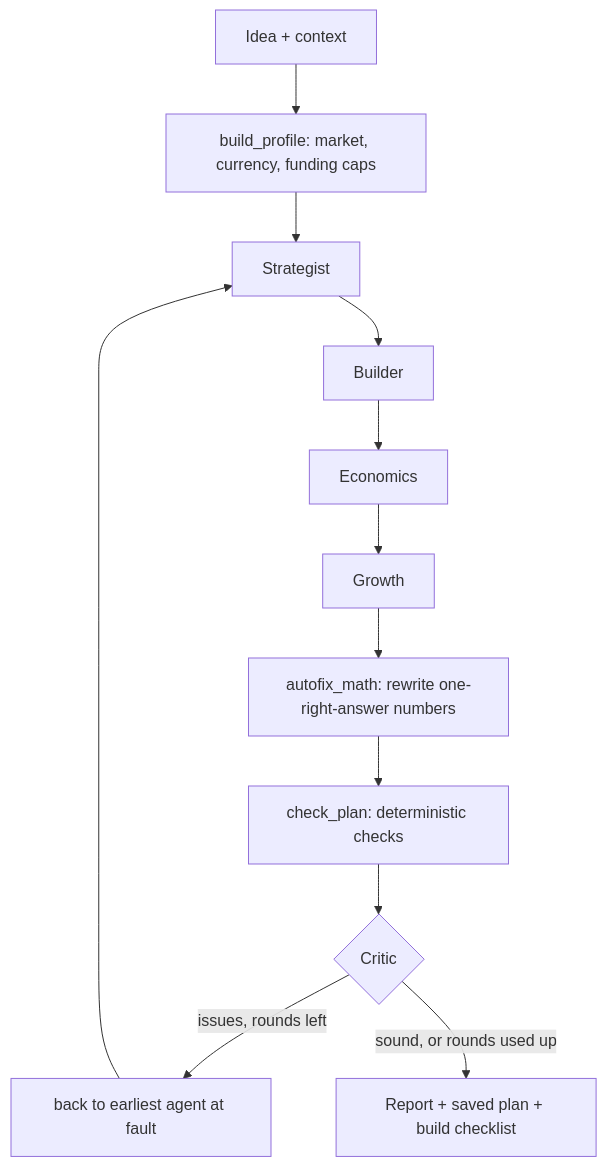
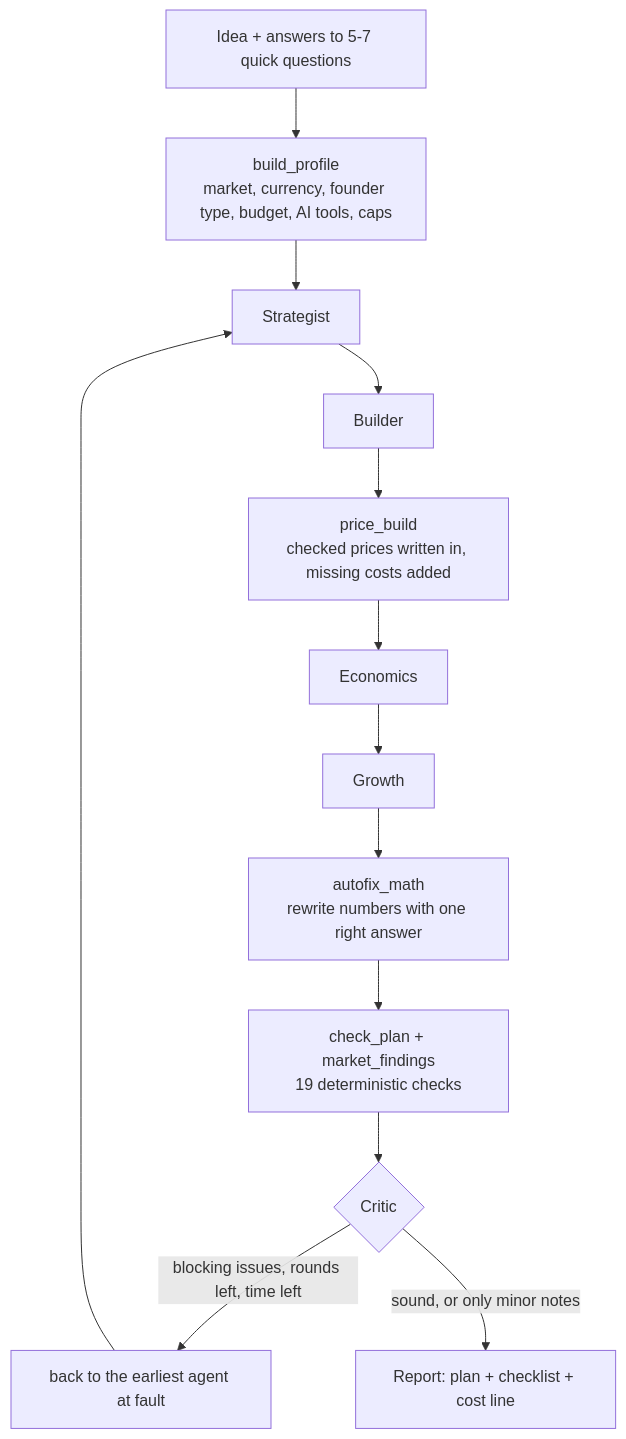
Before and after one commit to mayankmalik263/parakh: the diagram in README.md, drawn with Mermaid. The commit also changed other lines of this file and 19 other files, not shown here.

````diff
--- a/README.md
+++ b/README.md
@@ -39,11 +163,13 @@
 ```mermaid
 flowchart TD
-    I[Idea + context] --> P[build_profile: market, currency, funding caps]
-    P --> S[Strategist] --> B[Builder] --> E[Economics] --> G[Growth]
-    G --> F[autofix_math: rewrite one-right-answer numbers]
-    F --> K[check_plan: deterministic checks]
+    I["Idea + answers to 5-7 quick questions"] --> P["build_profile<br/>market, currency, founder type, budget, AI tools, caps"]
+    P --> S[Strategist] --> B[Builder]
+    B --> PB["price_build<br/>checked prices written in, missing costs added"]
+    PB --> E[Economics] --> G[Growth]
+    G --> F["autofix_math<br/>rewrite numbers with one right answer"]
+    F --> K["check_plan + market_findings<br/>19 deterministic checks"]
     K --> C{Critic}
-    C -->|issues, rounds left| R[back to earliest agent at fault]
+    C -->|"blocking issues, rounds left, time left"| R["back to the earliest agent at fault"]
     R --> S
-    C -->|sound, or rounds used up| O[Report + saved plan + build checklist]
+    C -->|"sound, or only minor notes"| O["Report: plan + checklist + cost line"]
 ```
````
